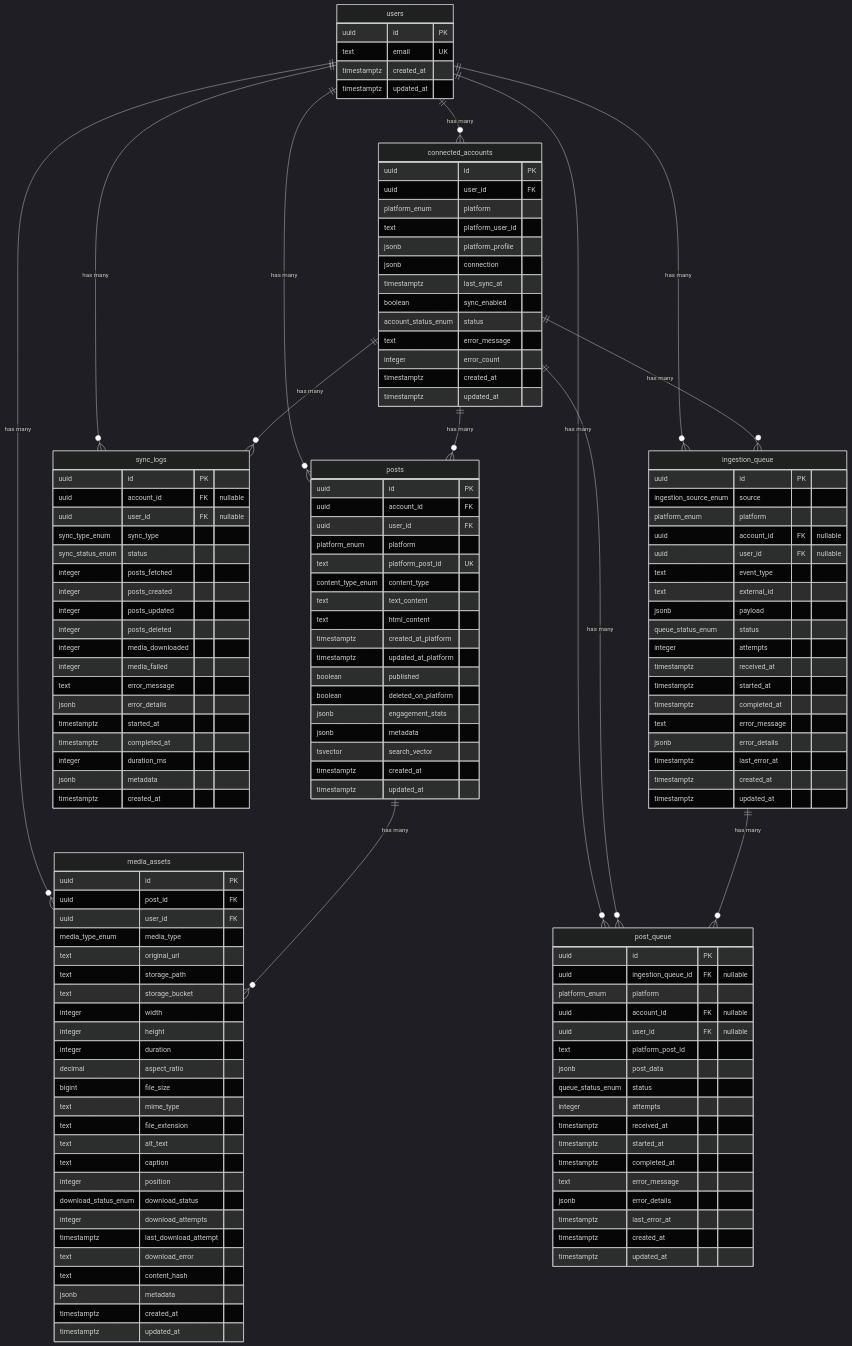
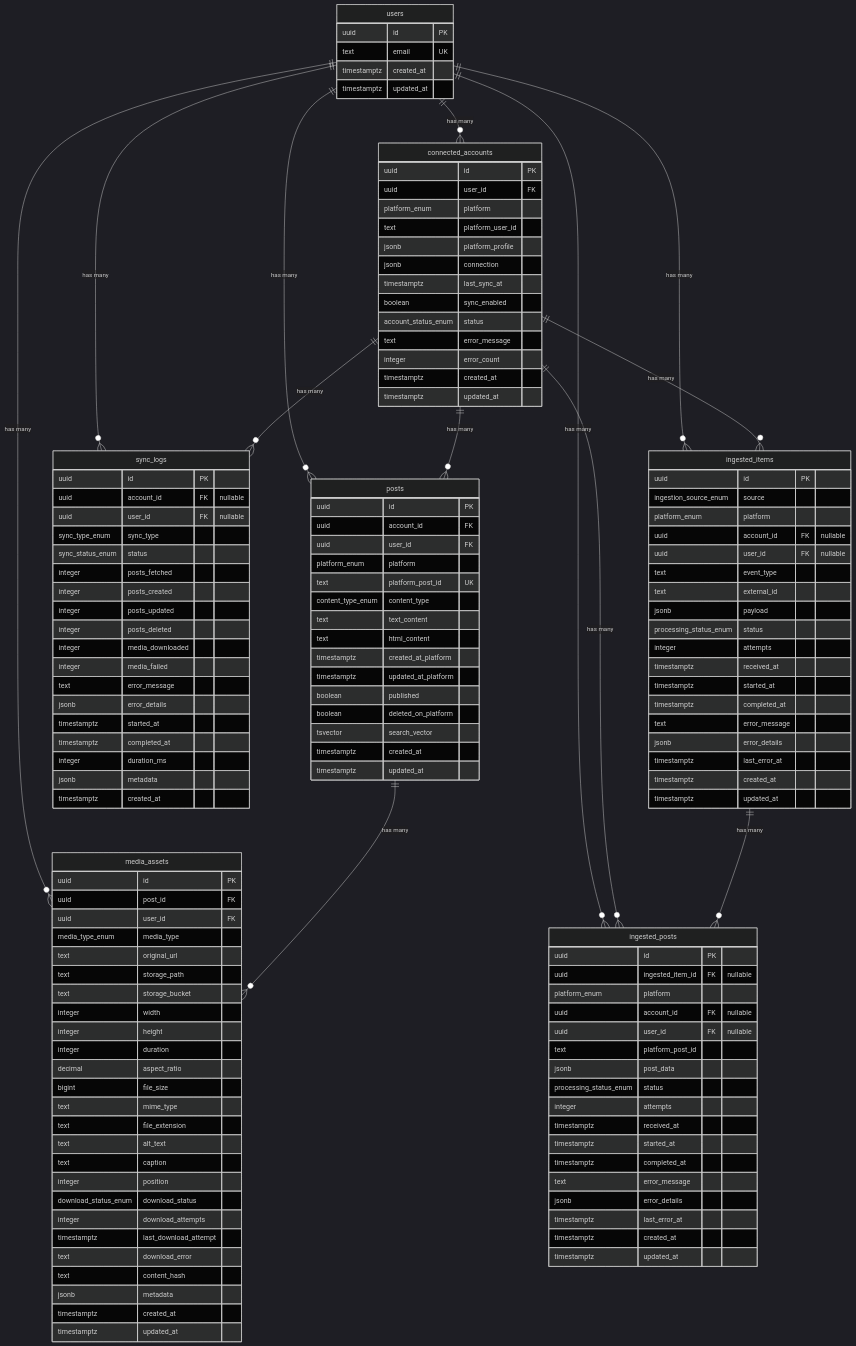
One commit to achan/trove changed the diagram in docs/schema.mmd. Above: the diagram before and after it, drawn with Mermaid (dark theme). The commit also changed 9 other files, not shown here.

First line of the commit message:
Refactor queue tables to permanent ingestion archives

```diff
--- a/docs/schema.mmd
+++ b/docs/schema.mmd
@@ -1,146 +1,144 @@
 erDiagram
     users ||--o{ connected_accounts : "has many"
     users ||--o{ posts : "has many"
     users ||--o{ media_assets : "has many"
     users ||--o{ sync_logs : "has many"
-    users ||--o{ ingestion_queue : "has many"
-    users ||--o{ post_queue : "has many"
+    users ||--o{ ingested_items : "has many"
+    users ||--o{ ingested_posts : "has many"
     connected_accounts ||--o{ posts : "has many"
     connected_accounts ||--o{ sync_logs : "has many"
-    connected_accounts ||--o{ ingestion_queue : "has many"
-    connected_accounts ||--o{ post_queue : "has many"
-    ingestion_queue ||--o{ post_queue : "has many"
+    connected_accounts ||--o{ ingested_items : "has many"
+    connected_accounts ||--o{ ingested_posts : "has many"
+    ingested_items ||--o{ ingested_posts : "has many"
     posts ||--o{ media_assets : "has many"
 
     users {
         uuid id PK
         text email UK
         timestamptz created_at
         timestamptz updated_at
     }
 
     connected_accounts {
         uuid id PK
         uuid user_id FK
         platform_enum platform
         text platform_user_id
         jsonb platform_profile
         jsonb connection
         timestamptz last_sync_at
         boolean sync_enabled
         account_status_enum status
         text error_message
         integer error_count
         timestamptz created_at
         timestamptz updated_at
     }
 
     posts {
         uuid id PK
         uuid account_id FK
         uuid user_id FK
         platform_enum platform
         text platform_post_id UK
         content_type_enum content_type
         text text_content
         text html_content
         timestamptz created_at_platform
         timestamptz updated_at_platform
         boolean published
         boolean deleted_on_platform
-        jsonb engagement_stats
-        jsonb metadata
         tsvector search_vector
         timestamptz created_at
         timestamptz updated_at
     }
 
     media_assets {
         uuid id PK
         uuid post_id FK
         uuid user_id FK
         media_type_enum media_type
         text original_url
         text storage_path
         text storage_bucket
         integer width
         integer height
         integer duration
         decimal aspect_ratio
         bigint file_size
         text mime_type
         text file_extension
         text alt_text
         text caption
         integer position
         download_status_enum download_status
         integer download_attempts
         timestamptz last_download_attempt
         text download_error
         text content_hash
         jsonb metadata
         timestamptz created_at
         timestamptz updated_at
     }
 
     sync_logs {
         uuid id PK
         uuid account_id FK "nullable"
         uuid user_id FK "nullable"
         sync_type_enum sync_type
         sync_status_enum status
         integer posts_fetched
         integer posts_created
         integer posts_updated
         integer posts_deleted
         integer media_downloaded
         integer media_failed
         text error_message
         jsonb error_details
         timestamptz started_at
         timestamptz completed_at
         integer duration_ms
         jsonb metadata
         timestamptz created_at
     }
 
-    ingestion_queue {
+    ingested_items {
         uuid id PK
         ingestion_source_enum source
         platform_enum platform
         uuid account_id FK "nullable"
         uuid user_id FK "nullable"
         text event_type
         text external_id
         jsonb payload
-        queue_status_enum status
+        processing_status_enum status
         integer attempts
         timestamptz received_at
         timestamptz started_at
         timestamptz completed_at
         text error_message
         jsonb error_details
         timestamptz last_error_at
         timestamptz created_at
         timestamptz updated_at
     }
 
-    post_queue {
+    ingested_posts {
         uuid id PK
-        uuid ingestion_queue_id FK "nullable"
+        uuid ingested_item_id FK "nullable"
         platform_enum platform
         uuid account_id FK "nullable"
         uuid user_id FK "nullable"
         text platform_post_id
         jsonb post_data
-        queue_status_enum status
+        processing_status_enum status
         integer attempts
         timestamptz received_at
         timestamptz started_at
         timestamptz completed_at
         text error_message
         jsonb error_details
         timestamptz last_error_at
         timestamptz created_at
         timestamptz updated_at
     }
```
